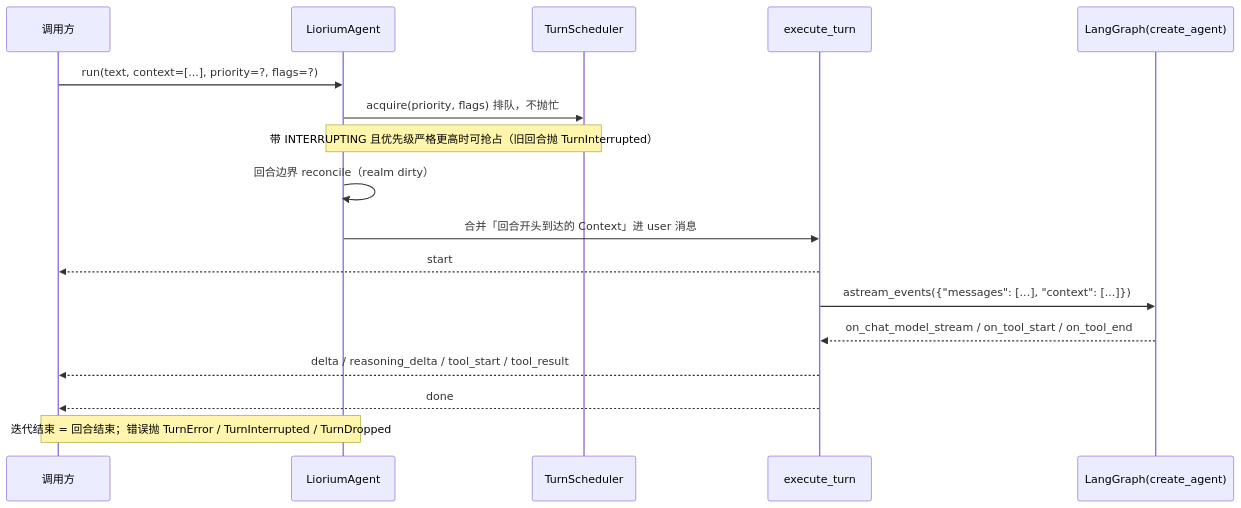
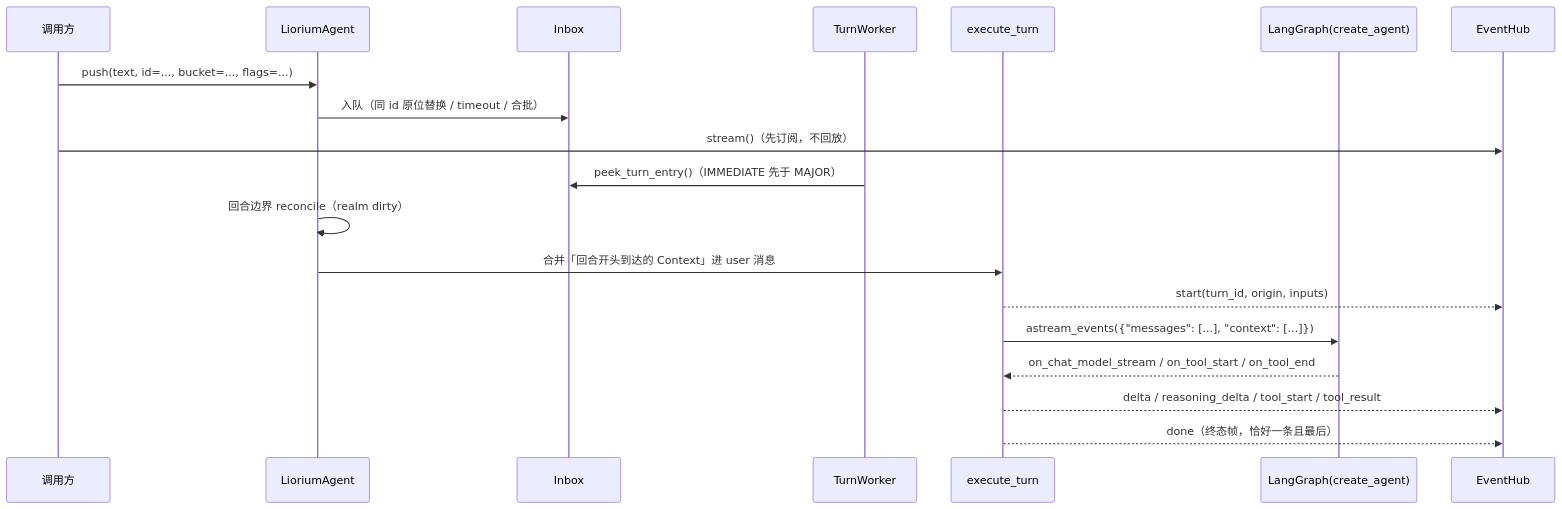
One commit to liwusen/liorium-framework changed the diagram in docs/GUIDE.md. Above: the diagram before and after it, drawn with Mermaid. The commit also changed other lines of this file and 126 other files, not shown here.

````diff
--- a/docs/GUIDE.md
+++ b/docs/GUIDE.md
@@ -261,20 +292,22 @@
 ```mermaid
 sequenceDiagram
     participant H as 调用方
     participant A as LioriumAgent
-    participant S as TurnScheduler
+    participant I as Inbox
+    participant W as TurnWorker
     participant L as execute_turn
     participant G as LangGraph(create_agent)
+    participant E as EventHub
 
-    H->>A: run(text, context=[...], priority=?, flags=?)
-    A->>S: acquire(priority, flags) 排队，不抛忙
-    Note over S,A: 带 INTERRUPTING 且优先级严格更高时可抢占（旧回合抛 TurnInterrupted）
+    H->>A: push(text, id=..., bucket=..., flags=...)
+    A->>I: 入队（同 id 原位替换 / timeout / 合批）
+    H->>E: stream()（先订阅，不回放）
+    W->>I: peek_turn_entry()（IMMEDIATE 先于 MAJOR）
     A->>A: 回合边界 reconcile（realm dirty）
     A->>L: 合并「回合开头到达的 Context」进 user 消息
-    L-->>H: start
+    L-->>E: start(turn_id, origin, inputs)
     L->>G: astream_events({"messages": [...], "context": [...]})
     G-->>L: on_chat_model_stream / on_tool_start / on_tool_end
-    L-->>H: delta / reasoning_delta / tool_start / tool_result
-    L-->>H: done
-    Note over A,H: 迭代结束 = 回合结束；错误抛 TurnError / TurnInterrupted / TurnDropped
+    L-->>E: delta / reasoning_delta / tool_start / tool_result
+    L-->>E: done（终态帧，恰好一条且最后）
 ```
````
